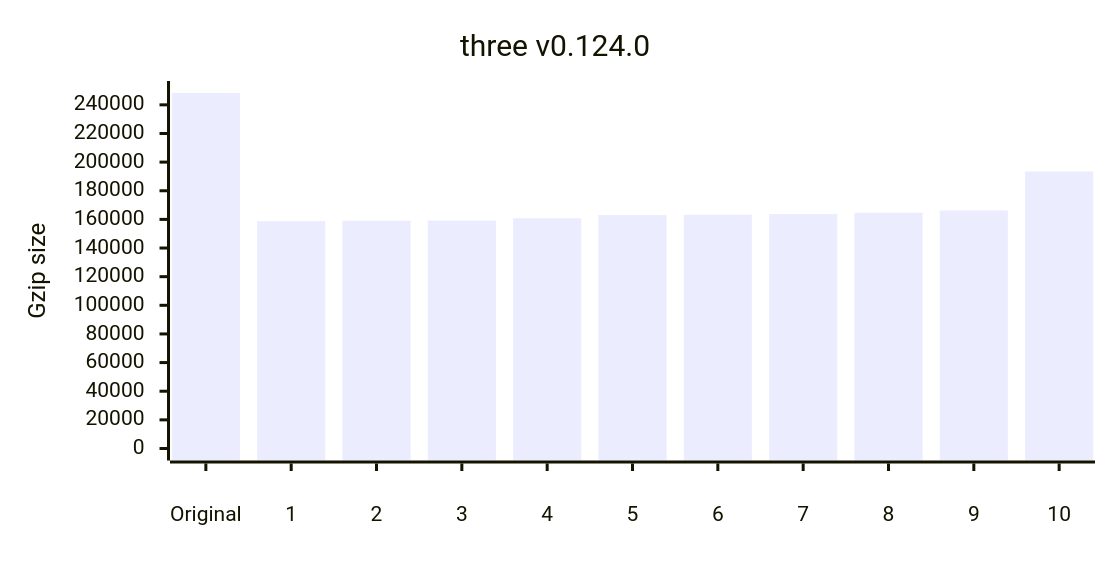
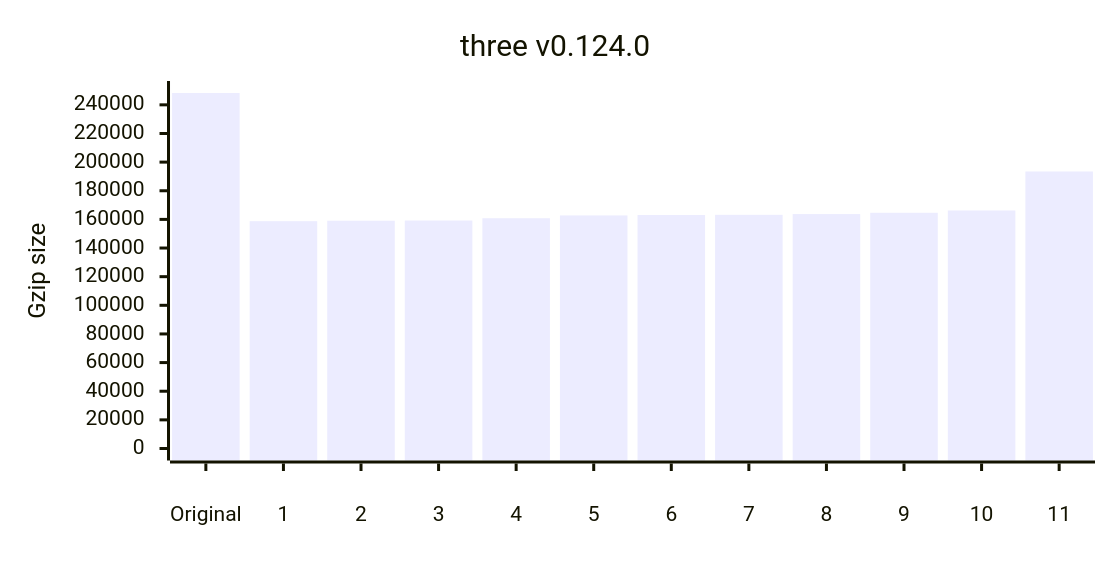
Before and after one commit to privatenumber/minification-benchmarks: the eighth of 12 diagrams in README.md, drawn with Mermaid. The commit also changed other lines of this file and 1 other file, not shown here.

````diff
--- a/README.md
+++ b/README.md
@@ -357,17 +357,17 @@
 ```mermaid
 ---
 config:
     xyChart:
         width: 720
         height: 360
         xAxis:
             labelPadding: 20
         yAxis:
             labelPadding: 10
 ---
 xychart-beta
 	title "three v0.124.0"
-	x-axis ["Original",1,2,3,4,5,6,7,8,9,10]
+	x-axis ["Original",1,2,3,4,5,6,7,8,9,10,11]
 	y-axis "Gzip size" 0 --> 248267
-	bar [248267,158764,159071,159200,160827,163036,163198,163725,164610,166210,193471]
+	bar [248267,158764,159071,159200,160827,162771,163036,163198,163725,164610,166210,193471]
 ```
````
